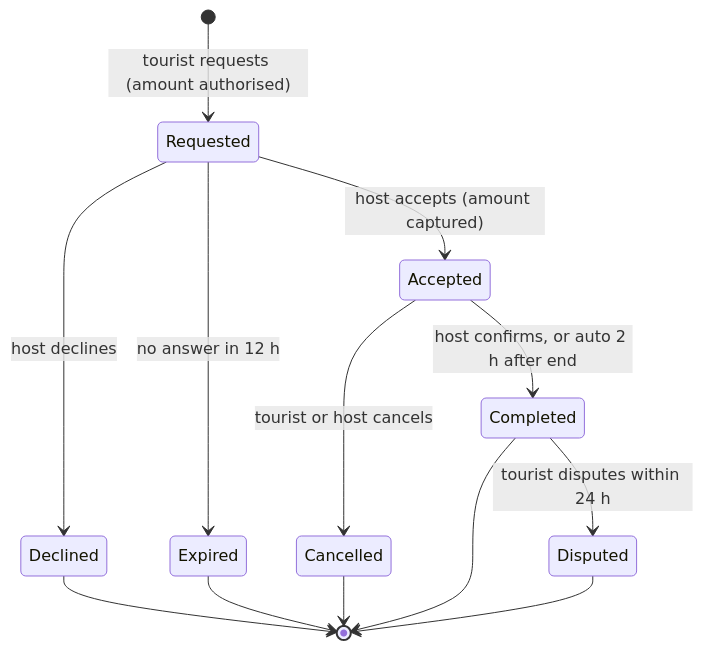
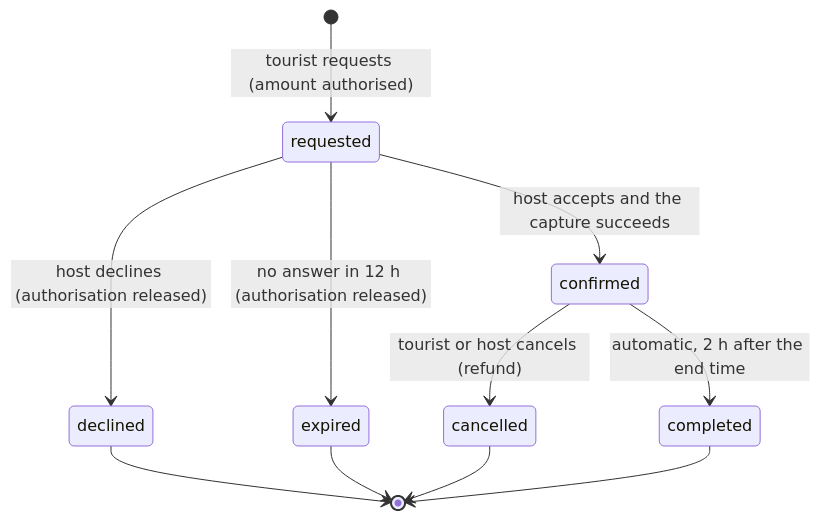
The fourth of 6 diagrams in docs/architecture.md (nourbouzir/Ahla), drawn with Mermaid before and after one commit. The commit also changed other lines of this file and 5 other files, not shown here.

````diff
--- a/docs/architecture.md
+++ b/docs/architecture.md
@@ -277,15 +259,13 @@
 ```mermaid
 stateDiagram-v2
-    [*] --> Requested: tourist requests (amount authorised)
-    Requested --> Accepted: host accepts (amount captured)
-    Requested --> Declined: host declines
-    Requested --> Expired: no answer in 12 h
-    Accepted --> Cancelled: tourist or host cancels
-    Accepted --> Completed: host confirms, or auto 2 h after end
-    Completed --> Disputed: tourist disputes within 24 h
-    Declined --> [*]
-    Expired --> [*]
-    Cancelled --> [*]
-    Completed --> [*]
-    Disputed --> [*]
+    [*] --> requested: tourist requests (amount authorised)
+    requested --> confirmed: host accepts and the capture succeeds
+    requested --> declined: host declines (authorisation released)
+    requested --> expired: no answer in 12 h (authorisation released)
+    confirmed --> cancelled: tourist or host cancels (refund)
+    confirmed --> completed: automatic, 2 h after the end time
+    declined --> [*]
+    expired --> [*]
+    cancelled --> [*]
+    completed --> [*]
 ```
````
